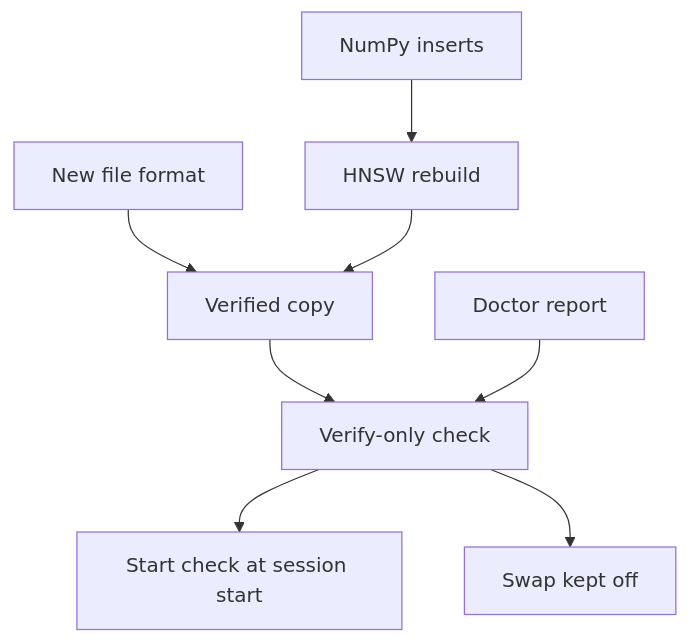
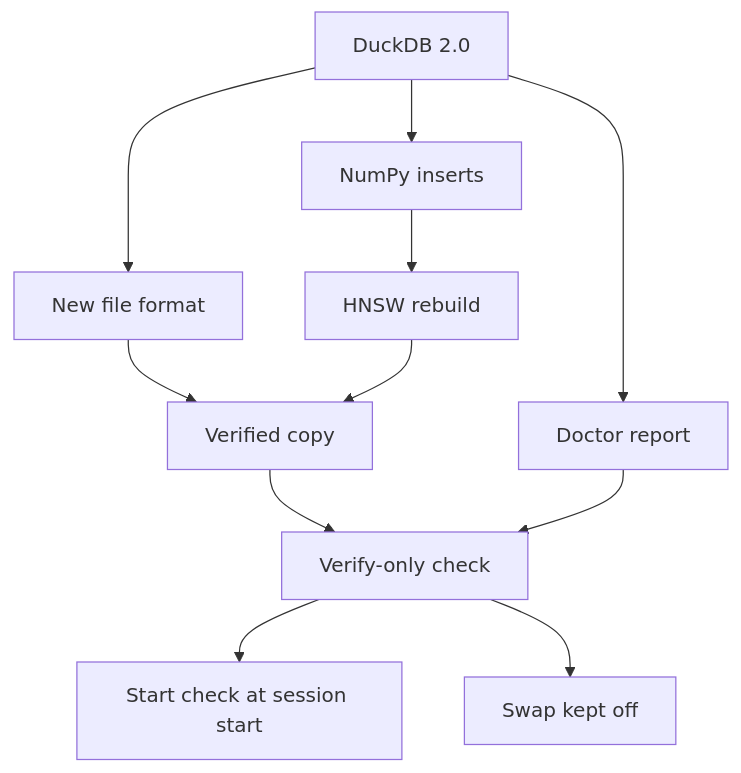
The diagram in memory-bank/active/milestones.md (Texarkanine/stockroom), drawn with Mermaid before and after one commit. The commit also changed other lines of this file and 12 other files, not shown here.

````diff
--- a/memory-bank/active/milestones.md
+++ b/memory-bank/active/milestones.md
@@ -32,18 +37,22 @@
 ```mermaid
 flowchart TD
+  duckdb[DuckDB 2.0]
   format[New file format]
   numpy[NumPy inserts]
   doctor[Doctor report]
   hnsw[HNSW rebuild]
   builder[Verified copy]
   check[Verify-only check]
   hook[Start check at session start]
   swap[Swap kept off]
+  duckdb --> format
+  duckdb --> numpy
+  duckdb --> doctor
   format --> builder
   numpy --> hnsw
   hnsw --> builder
   builder --> check
   doctor --> check
   check --> hook
   check --> swap
 ```
````
